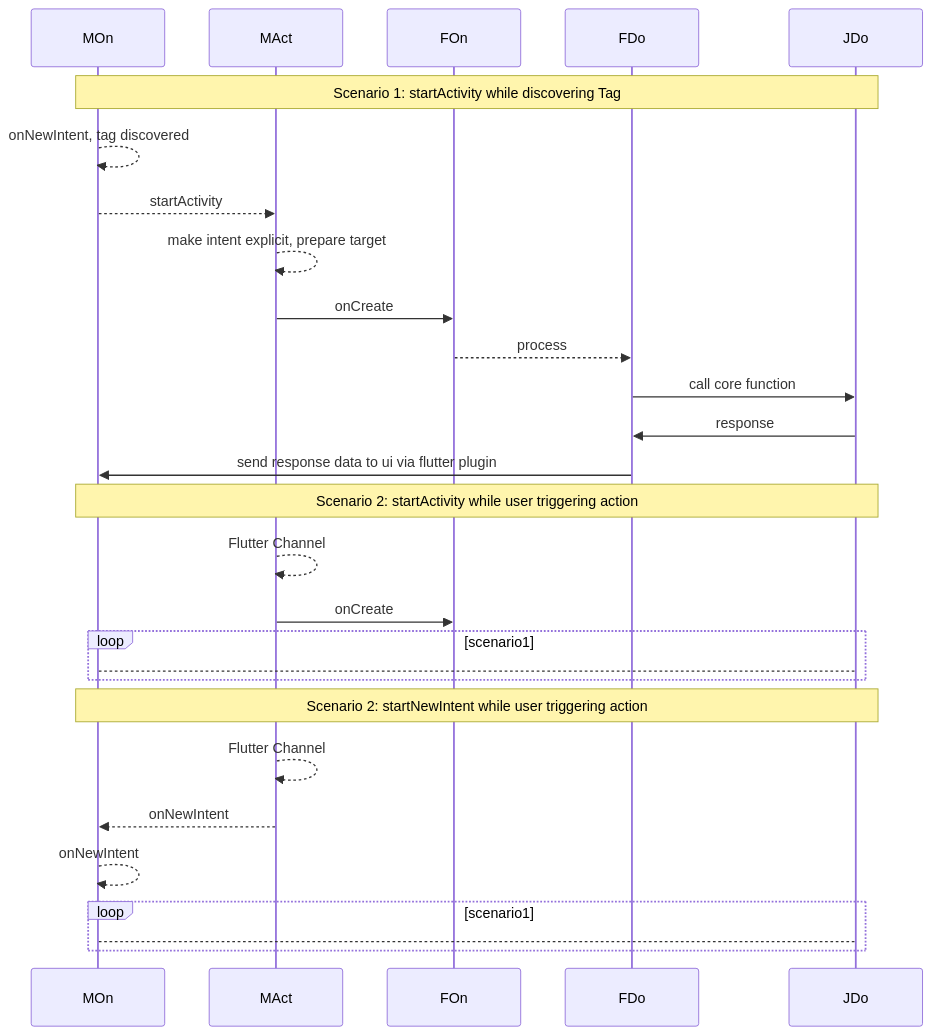
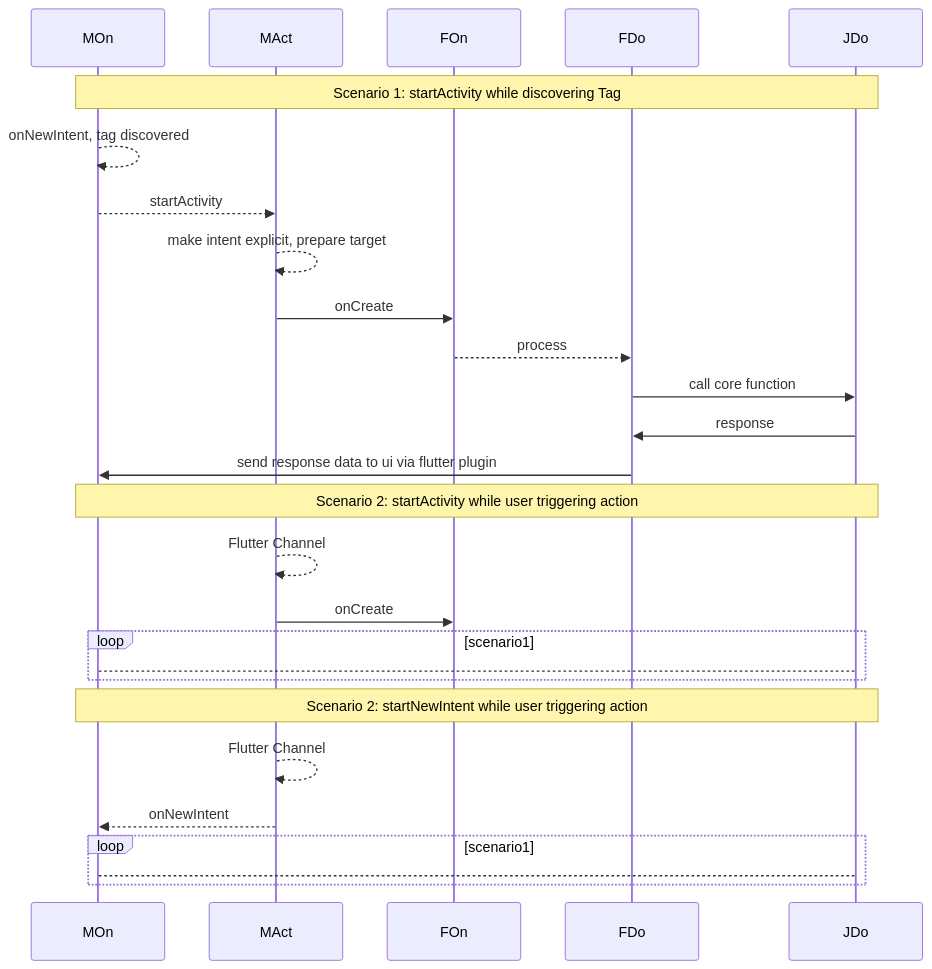
Before and after one commit to gordianknotC/nxp_note: the first of 3 diagrams in flutter/android_to_flutter.md, drawn with Mermaid. The commit also changed other lines of this file, not shown here.

````diff
--- a/flutter/android_to_flutter.md
+++ b/flutter/android_to_flutter.md
@@ -3,34 +3,35 @@
 ```mermaid
 sequenceDiagram
 
 participant MOn
 participant MAct
 participant FOn
 participant FDo
 participant JDo
 
 Note over MOn, JDo: Scenario 1: startActivity while discovering Tag
 MOn-->>MOn: onNewIntent, tag discovered
 MOn-->>MAct: startActivity
 MAct-->>MAct: make intent explicit, prepare target
 MAct->>FOn: onCreate
 FOn-->>FDo: process
 FDo->>JDo: call core function
 JDo->>FDo: response
 FDo->>MOn: send response data to ui via flutter plugin
 
 Note over MOn, JDo: Scenario 2: startActivity while user triggering action
 MAct-->>MAct: Flutter Channel
 MAct->>FOn: onCreate
 loop scenario1
 	MOn-->JDo: 
 end
 
 Note over MOn, JDo: Scenario 2: startNewIntent while user triggering action
 MAct-->>MAct: Flutter Channel
 MAct-->>MOn: onNewIntent
-MOn-->>MOn: onNewIntent
 loop scenario1
 	MOn-->JDo: 
 end
+
+
 ```
````
